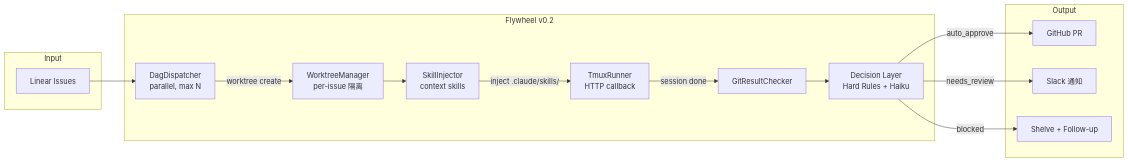
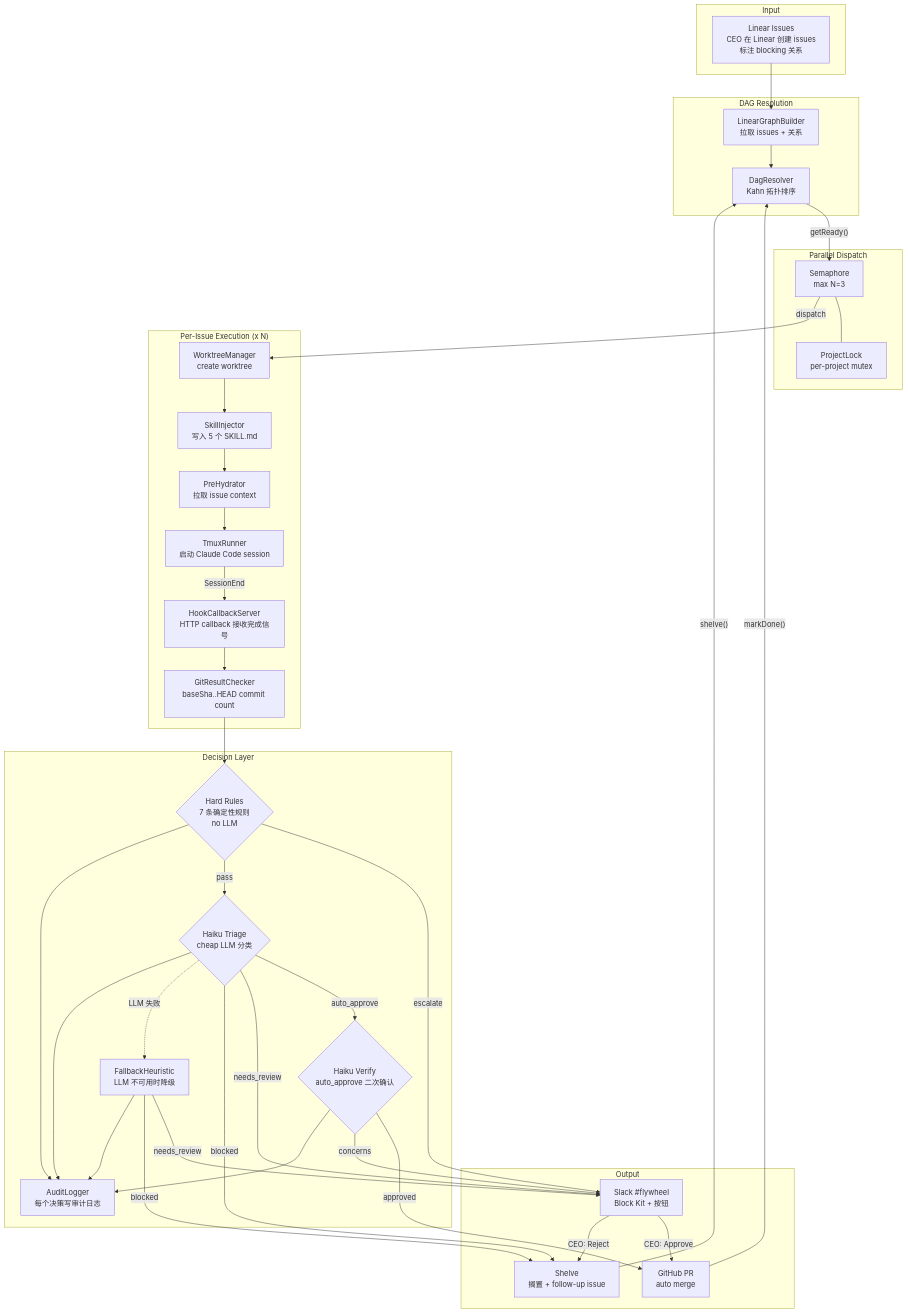
Before and after one commit to xrliAnnie/flywheel-qa-sandbox: the first of 6 diagrams in doc/architecture/v0.2-architecture.md, drawn with Mermaid. The commit also changed other lines of this file, not shown here.

First line of the commit message:
docs: rewrite v0.2 architecture — comprehensive self-contained document

````diff
--- a/doc/architecture/v0.2-architecture.md
+++ b/doc/architecture/v0.2-architecture.md
@@ -57,31 +52,73 @@
 ```mermaid
-flowchart LR
-    subgraph Input
-        LN[Linear Issues]
+flowchart TB
+    subgraph "Input"
+        LN[Linear Issues<br/>CEO 在 Linear 创建 issues<br/>标注 blocking 关系]
     end
 
-    subgraph "Flywheel v0.2"
-        DAG[DagDispatcher<br/>parallel, max N]
-        WT[WorktreeManager<br/>per-issue 隔离]
-        SK[SkillInjector<br/>context skills]
-        RUN[TmuxRunner<br/>HTTP callback]
-        GIT[GitResultChecker]
-        DL[Decision Layer<br/>Hard Rules + Haiku]
+    subgraph "DAG Resolution"
+        LGB[LinearGraphBuilder<br/>拉取 issues + 关系]
+        DAG[DagResolver<br/>Kahn 拓扑排序]
+        LGB --> DAG
     end
 
-    subgraph Output
-        PR[GitHub PR]
-        SL[Slack 通知]
-        SH[Shelve + Follow-up]
+    subgraph "Parallel Dispatch"
+        SEM[Semaphore<br/>max N=3]
+        LOCK[ProjectLock<br/>per-project mutex]
+        SEM --- LOCK
     end
 
-    LN --> DAG
-    DAG -->|worktree create| WT
+    subgraph "Per-Issue Execution (x N)"
+        WT[WorktreeManager<br/>create worktree]
+        SK[SkillInjector<br/>写入 5 个 SKILL.md]
+        HYD[PreHydrator<br/>拉取 issue context]
+        RUN[TmuxRunner<br/>启动 Claude Code session]
+        HK[HookCallbackServer<br/>HTTP callback 接收完成信号]
+        GIT[GitResultChecker<br/>baseSha..HEAD commit count]
+    end
+
+    subgraph "Decision Layer"
+        HR{Hard Rules<br/>7 条确定性规则<br/>no LLM}
+        HT{Haiku Triage<br/>cheap LLM 分类}
+        HV{Haiku Verify<br/>auto_approve 二次确认}
+        FB[FallbackHeuristic<br/>LLM 不可用时降级]
+        AL[AuditLogger<br/>每个决策写审计日志]
+    end
+
+    subgraph "Output"
+        PR[GitHub PR<br/>auto merge]
+        SL[Slack #flywheel<br/>Block Kit + 按钮]
+        SH[Shelve<br/>搁置 + follow-up issue]
+    end
+
+    LN --> LGB
+    DAG -->|"getReady()"| SEM
+    SEM -->|dispatch| WT
     WT --> SK
-    SK -->|inject .claude/skills/| RUN
-    RUN -->|session done| GIT
-    GIT --> DL
-    DL -->|auto_approve| PR
-    DL -->|needs_review| SL
-    DL -->|blocked| SH
+    SK --> HYD
+    HYD --> RUN
+    RUN -->|"SessionEnd"| HK
+    HK --> GIT
+
+    GIT --> HR
+    HR -->|"escalate"| SL
+    HR -->|"pass"| HT
+    HT -->|"auto_approve"| HV
+    HT -->|"needs_review"| SL
+    HT -->|"blocked"| SH
+    HT -.->|"LLM 失败"| FB
+    HV -->|"approved"| PR
+    HV -->|"concerns"| SL
+    FB -->|"needs_review"| SL
+    FB -->|"blocked"| SH
+
+    HR --> AL
+    HT --> AL
+    HV --> AL
+    FB --> AL
+
+    SL -->|"CEO: Approve"| PR
+    SL -->|"CEO: Reject"| SH
+
+    PR -->|"markDone()"| DAG
+    SH -->|"shelve()"| DAG
 ```
````
